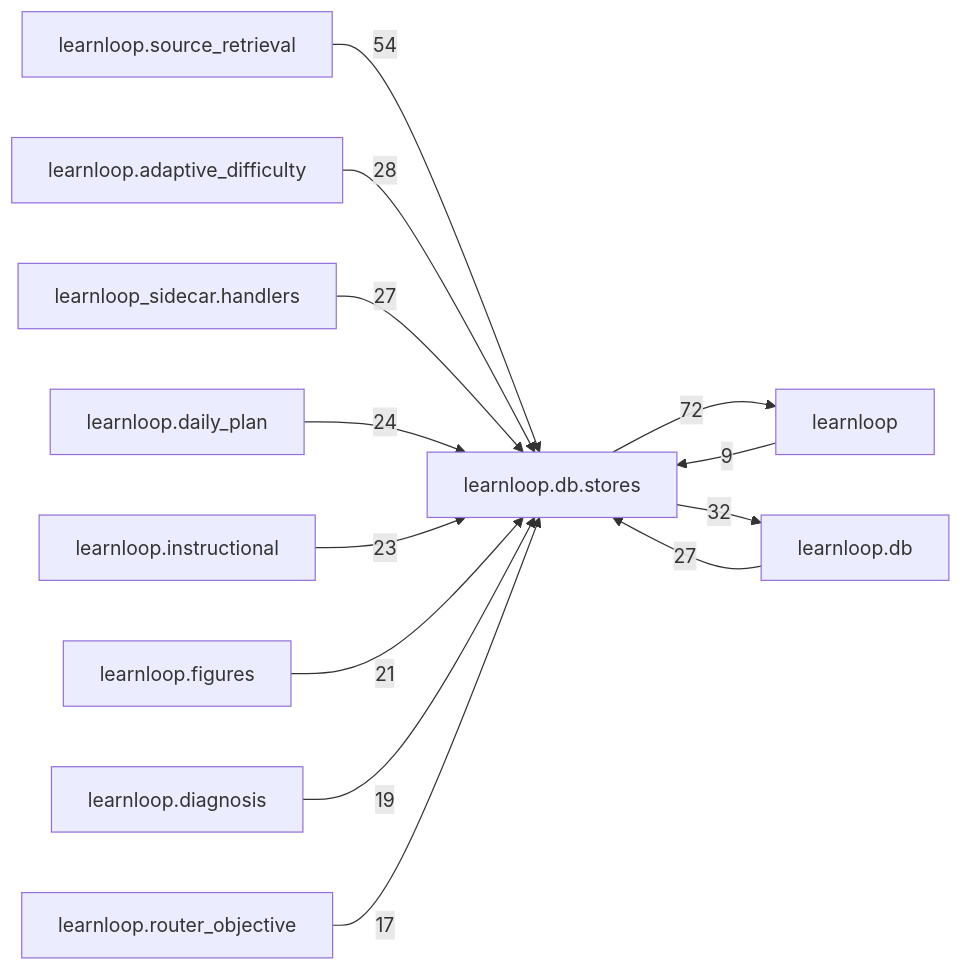
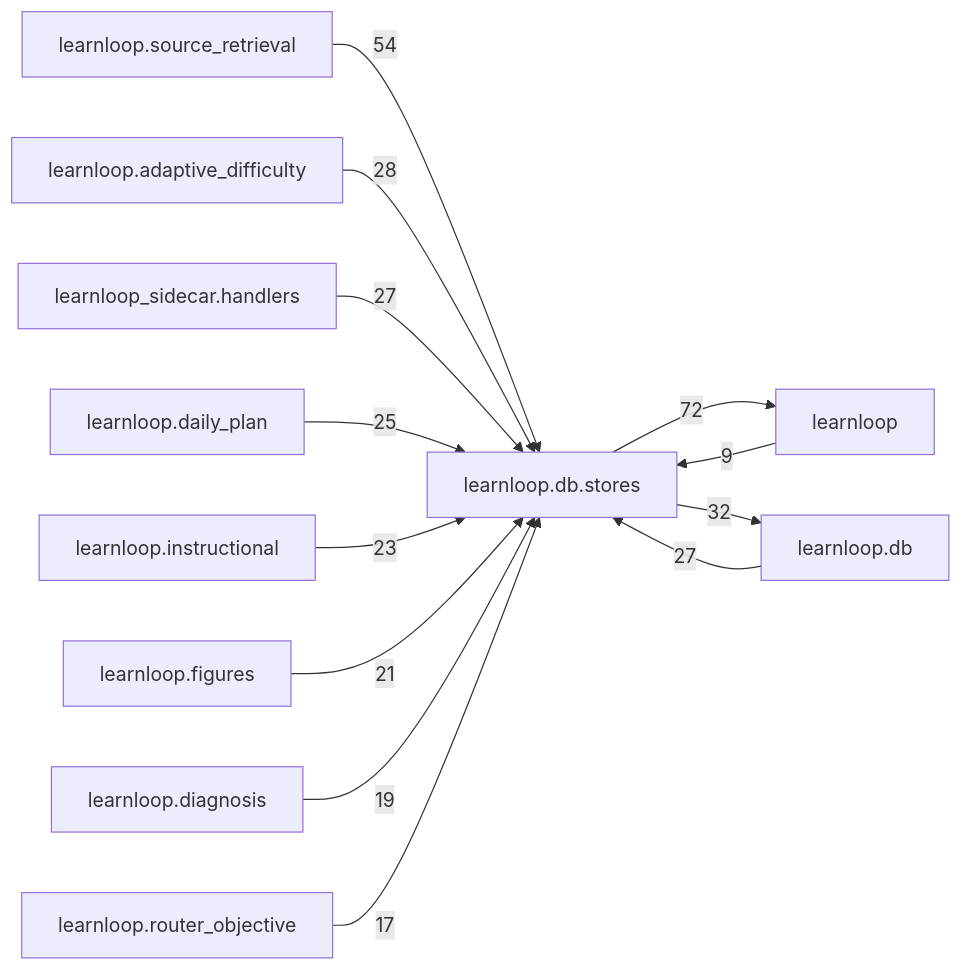
The diagram in docs/learnloop-architecture-vault/Reference/Modules/learnloop/db/stores/_package.md (6up-b/learnanything), drawn with Mermaid before and after one commit. The commit also changed other lines of this file and 62 other files, not shown here.

````diff
--- a/docs/learnloop-architecture-vault/Reference/Modules/learnloop/db/stores/_package.md
+++ b/docs/learnloop-architecture-vault/Reference/Modules/learnloop/db/stores/_package.md
@@ -256,26 +256,26 @@
 ```mermaid
 flowchart LR
     center["learnloop.db.stores"]
     n_learnloop["learnloop"]
     n_learnloop_db["learnloop.db"]
     n_learnloop_source_retrieval["learnloop.source_retrieval"]
     n_learnloop_adaptive_difficulty["learnloop.adaptive_difficulty"]
     n_learnloop_sidecar_handlers["learnloop_sidecar.handlers"]
     n_learnloop_daily_plan["learnloop.daily_plan"]
     n_learnloop_instructional["learnloop.instructional"]
     n_learnloop_figures["learnloop.figures"]
     n_learnloop_diagnosis["learnloop.diagnosis"]
     n_learnloop_router_objective["learnloop.router_objective"]
     n_learnloop -->|9| center
     center -->|72| n_learnloop
     n_learnloop_db -->|27| center
     center -->|32| n_learnloop_db
     n_learnloop_source_retrieval -->|54| center
     n_learnloop_adaptive_difficulty -->|28| center
     n_learnloop_sidecar_handlers -->|27| center
-    n_learnloop_daily_plan -->|24| center
+    n_learnloop_daily_plan -->|25| center
     n_learnloop_instructional -->|23| center
     n_learnloop_figures -->|21| center
     n_learnloop_diagnosis -->|19| center
     n_learnloop_router_objective -->|17| center
 ```
````
